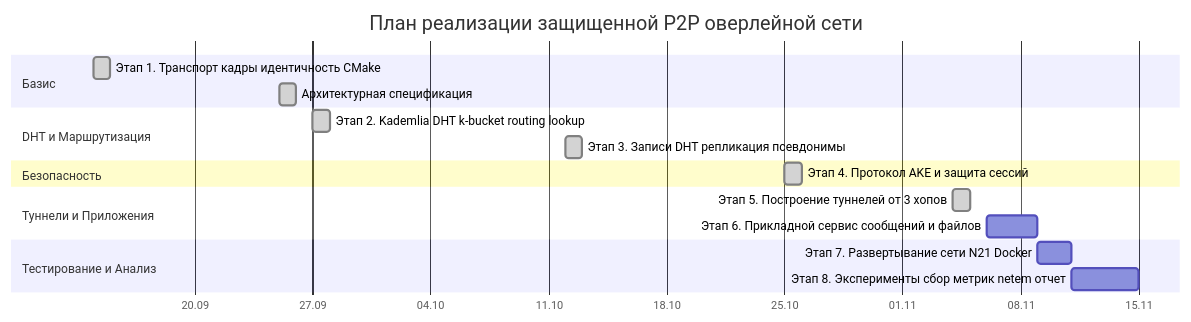
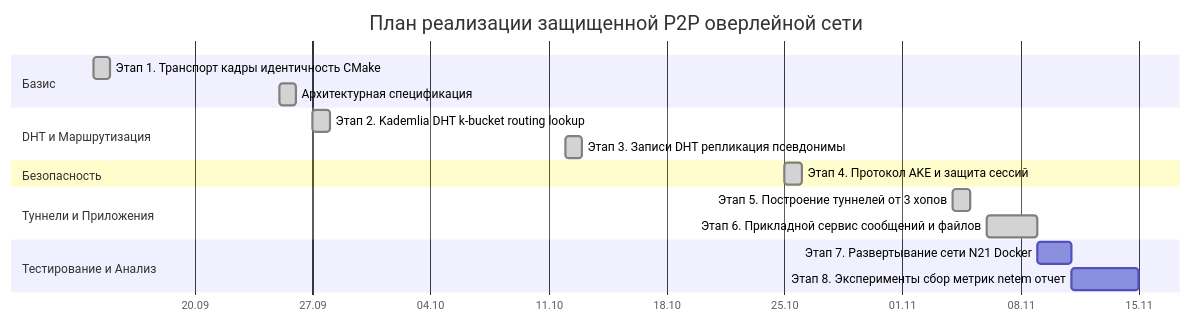
One commit to dmortyanov/p2p-overlay changed the eighth of 8 diagrams in docs/architecture.md. Above: the diagram before and after it, drawn with Mermaid. The commit also changed other lines of this file and 17 other files, not shown here.

````diff
--- a/docs/architecture.md
+++ b/docs/architecture.md
@@ -532,20 +534,20 @@
 ```mermaid
 gantt
     title План реализации защищенной P2P оверлейной сети
     dateFormat  YYYY-MM-DD
     axisFormat  %d.%m
     section Базис
     Этап 1. Транспорт кадры идентичность CMake       :done, s1, 2026-09-14, 1d
     Архитектурная спецификация                      :done, s_arch, 2026-09-25, 1d
     section DHT и Маршрутизация
     Этап 2. Kademlia DHT k-bucket routing lookup    :done, s2, 2026-09-27, 1d
     Этап 3. Записи DHT репликация псевдонимы        :done, s3, 2026-10-12, 1d
     section Безопасность
     Этап 4. Протокол AKE и защита сессий            :done, s4, 2026-10-25, 1d
     section Туннели и Приложения
     Этап 5. Построение туннелей от 3 хопов          :done, s5, 2026-11-04, 1d
-    Этап 6. Прикладной сервис сообщений и файлов    :s6, 2026-11-06, 3d
+    Этап 6. Прикладной сервис сообщений и файлов    :done, s6, 2026-11-06, 3d
     section Тестирование и Анализ
     Этап 7. Развертывание сети N21 Docker           :s7, 2026-11-09, 2d
     Этап 8. Эксперименты сбор метрик netem отчет    :s8, 2026-11-11, 4d
 ```
````
